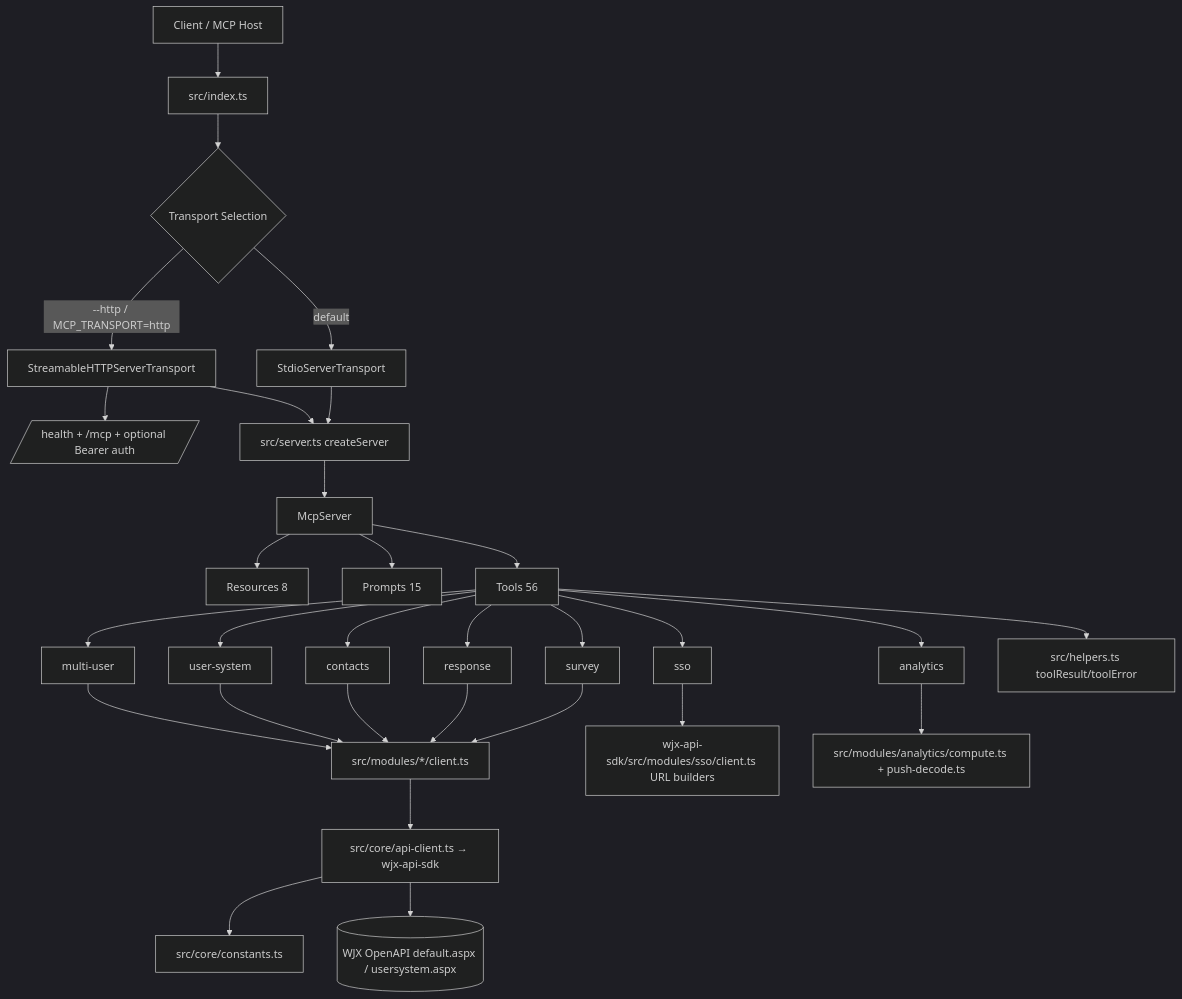
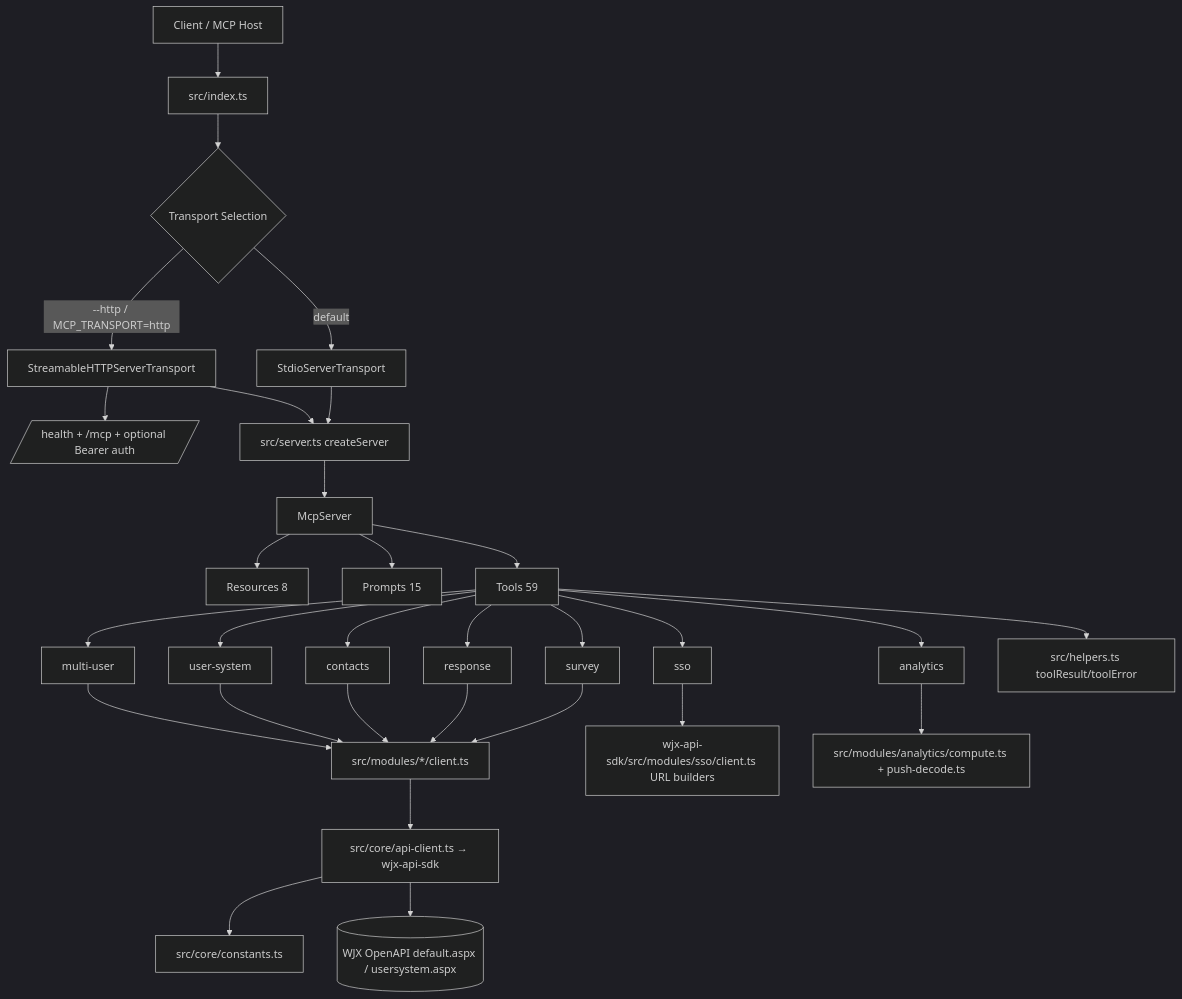
The diagram in wjx-mcp-server/docs/architecture.md (wjxcom/wjx-ai-kit), drawn with Mermaid (dark theme) before and after one commit. The commit also changed other lines of this file and 176 other files, not shown here.

Commit message:
feat: ship 0.4.1 architecture and AI workflow updates

````diff
--- a/wjx-mcp-server/docs/architecture.md
+++ b/wjx-mcp-server/docs/architecture.md
@@ -18,37 +18,37 @@
 ```mermaid
 flowchart TD
     A[Client / MCP Host] --> B[src/index.ts]
     B --> C{Transport Selection}
     C -->|default| D[StdioServerTransport]
     C -->|--http / MCP_TRANSPORT=http| E[StreamableHTTPServerTransport]
     E --> E1[/health + /mcp + optional Bearer auth/]
 
     D --> F[src/server.ts createServer]
     E --> F
 
     F --> G[McpServer]
     G --> H[Resources 8]
     G --> I[Prompts 15]
-    G --> J[Tools 56]
+    G --> J[Tools 59]
 
     J --> M1[survey]
     J --> M2[response]
     J --> M3[contacts]
     J --> M4[user-system]
     J --> M5[multi-user]
     J --> M6[sso]
     J --> M7[analytics]
 
     M1 --> N1[src/modules/*/client.ts]
     M2 --> N1
     M3 --> N1
     M4 --> N1
     M5 --> N1
     N1 --> O[src/core/api-client.ts → wjx-api-sdk]
     O --> Q[src/core/constants.ts]
     O --> R[(WJX OpenAPI default.aspx / usersystem.aspx)]
 
     M6 --> S[wjx-api-sdk/src/modules/sso/client.ts URL builders]
     M7 --> T[src/modules/analytics/compute.ts + push-decode.ts]
     J --> U[src/helpers.ts toolResult/toolError]
 ```
````
